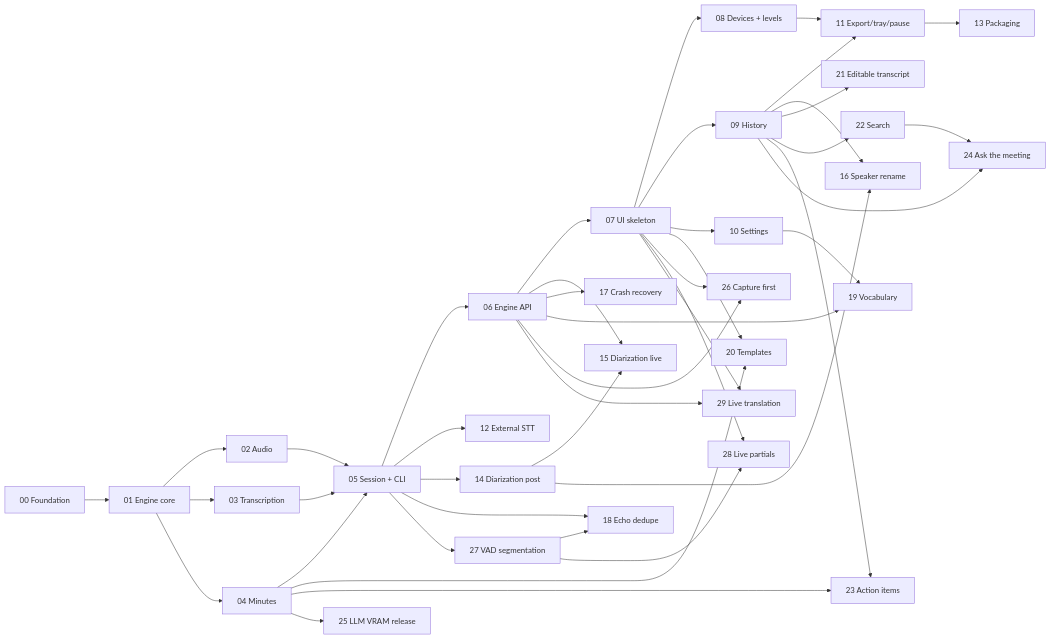
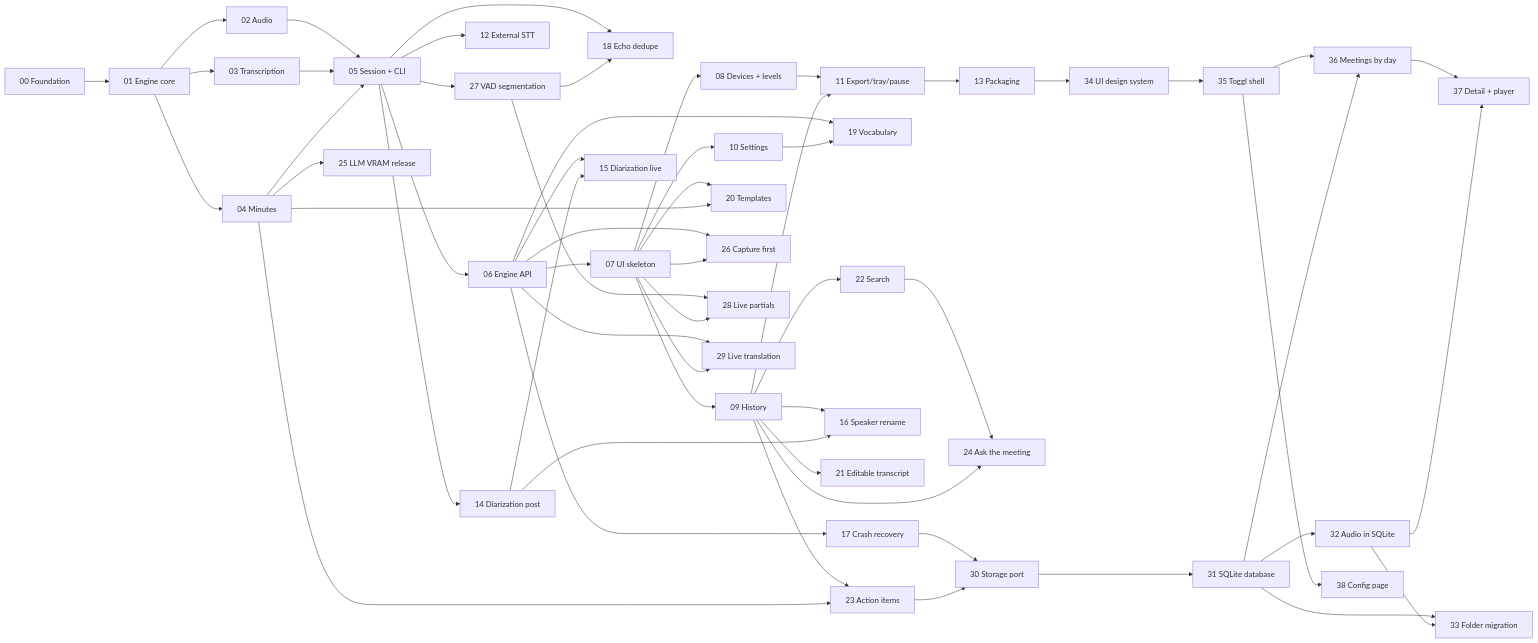
The diagram in docs/roadmap/README.md (laquilas/VozAta), drawn with Mermaid before and after one commit. The commit also changed other lines of this file and 1 other file, not shown here.

Commit message:
docs(roadmap): list M6 phases, graph and parallel waves A-D

````diff
--- a/docs/roadmap/README.md
+++ b/docs/roadmap/README.md
@@ -97,45 +110,58 @@
 ```mermaid
 graph LR
   P00[00 Foundation] --> P01[01 Engine core]
   P01 --> P02[02 Audio]
   P01 --> P03[03 Transcription]
   P01 --> P04[04 Minutes]
   P02 --> P05[05 Session + CLI]
   P03 --> P05
   P04 --> P05
   P05 --> P06[06 Engine API]
   P05 --> P12[12 External STT]
   P05 --> P14[14 Diarization post]
   P05 --> P18[18 Echo dedupe]
   P27 --> P18
   P06 --> P07[07 UI skeleton]
   P06 --> P15[15 Diarization live]
   P06 --> P17[17 Crash recovery]
   P06 --> P19[19 Vocabulary]
   P14 --> P15
   P07 --> P08[08 Devices + levels]
   P07 --> P09[09 History]
   P07 --> P10[10 Settings]
   P07 --> P20[20 Templates]
   P04 --> P20
   P10 --> P19
   P08 --> P11[11 Export/tray/pause]
   P09 --> P11
   P11 --> P13[13 Packaging]
   P09 --> P16[16 Speaker rename]
   P14 --> P16
   P09 --> P21[21 Editable transcript]
   P09 --> P22[22 Search]
   P09 --> P23[23 Action items]
   P04 --> P23
   P22 --> P24[24 Ask the meeting]
   P09 --> P24
   P04 --> P25[25 LLM VRAM release]
   P06 --> P26[26 Capture first]
   P07 --> P26
   P05 --> P27[27 VAD segmentation]
   P27 --> P28[28 Live partials]
   P07 --> P28
   P06 --> P29[29 Live translation]
   P07 --> P29
+  P17 --> P30[30 Storage port]
+  P23 --> P30
+  P30 --> P31[31 SQLite database]
+  P31 --> P32[32 Audio in SQLite]
+  P31 --> P33[33 Folder migration]
+  P32 --> P33
+  P13 --> P34[34 UI design system]
+  P34 --> P35[35 Toggl shell]
+  P35 --> P36[36 Meetings by day]
+  P31 --> P36
+  P36 --> P37[37 Detail + player]
+  P32 --> P37
+  P35 --> P38[38 Config page]
 ```
````
